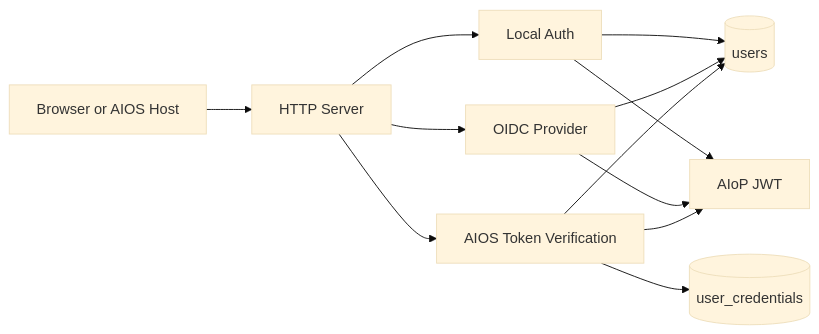
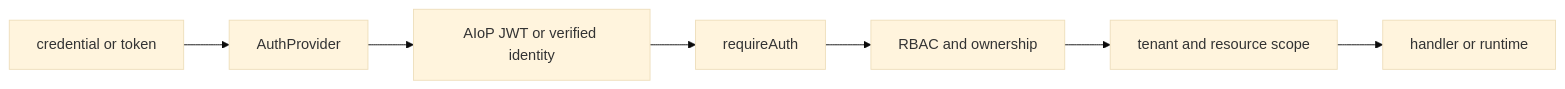
The first of 3 diagrams in docs/design/06-auth-security-tenancy.md (Wpxknight/agentdemo), drawn with Mermaid (base theme) before and after one commit. The commit also changed other lines of this file and 30 other files, not shown here.

````diff
--- a/docs/design/06-auth-security-tenancy.md
+++ b/docs/design/06-auth-security-tenancy.md
@@ -16,23 +36,9 @@
-~~~mermaid
+```mermaid
 flowchart LR
-  Browser[Browser or AIOS Host]
-  HTTP[HTTP Server]
-  Local[Local Auth]
-  OIDC[OIDC Provider]
-  AIOS[AIOS Token Verification]
-  Users[(users)]
-  Creds[(user_credentials)]
-  JWT[AIoP JWT]
-
-  Browser --> HTTP
-  HTTP --> Local
-  HTTP --> OIDC
-  HTTP --> AIOS
-  Local --> Users
-  OIDC --> Users
-  AIOS --> Users
-  AIOS --> Creds
-  Local --> JWT
-  OIDC --> JWT
-  AIOS --> JWT
-~~~
+  C[credential or token] --> P[AuthProvider]
+  P --> I[AIoP JWT or verified identity]
+  I --> A[requireAuth]
+  A --> R[RBAC and ownership]
+  R --> S[tenant and resource scope]
+  S --> H[handler or runtime]
+```
````
